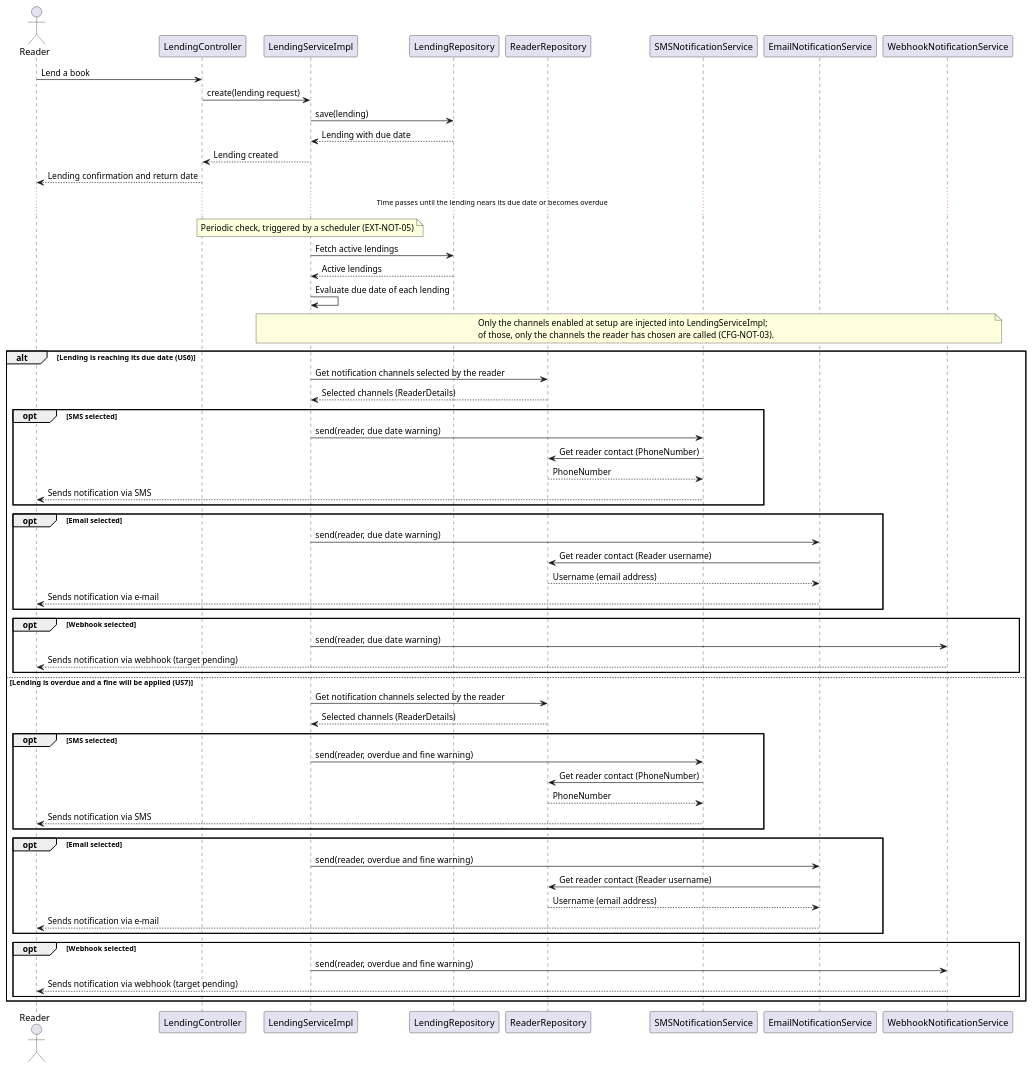
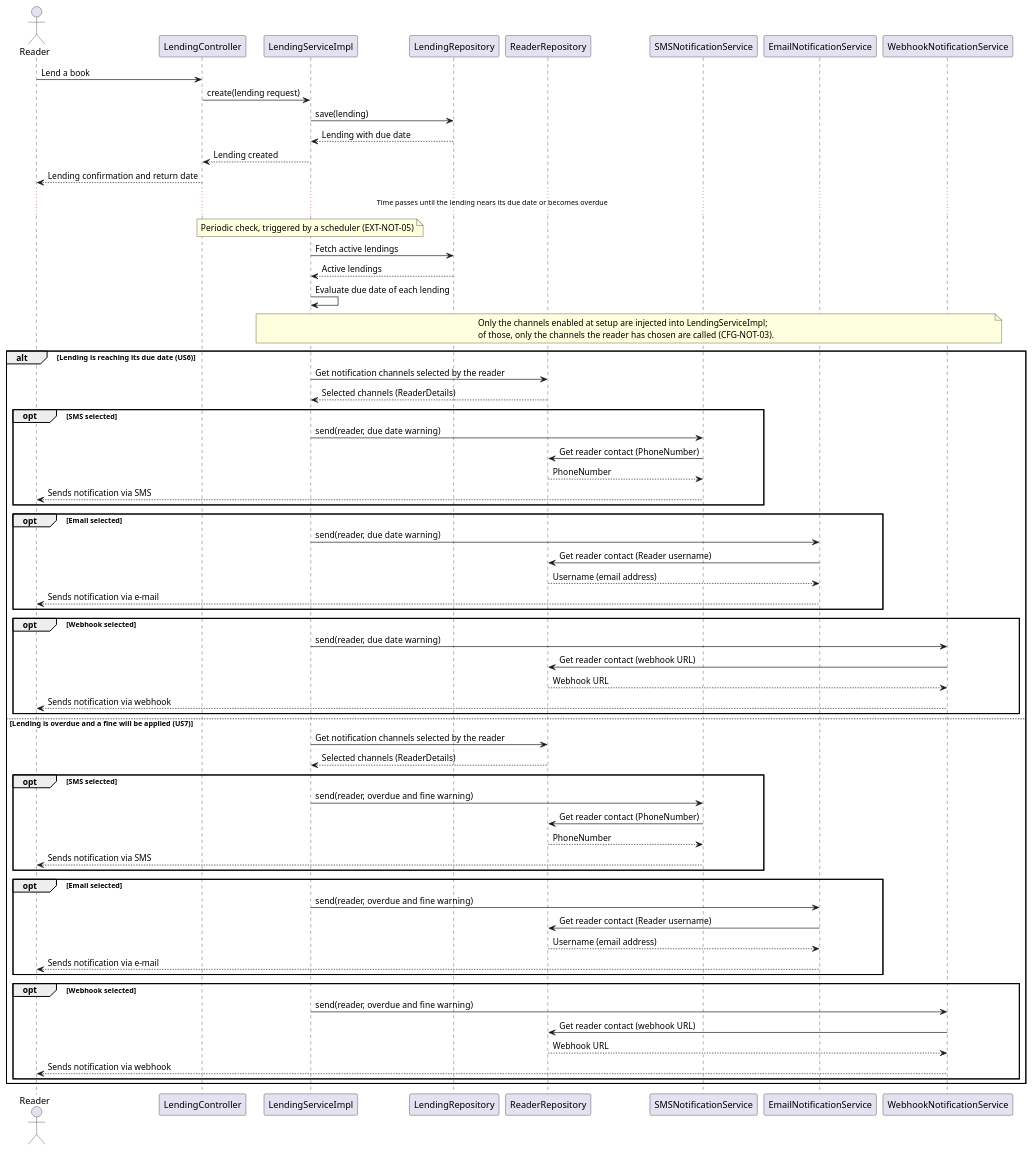
The diagram in Docs/DocsMasterDegree/system-to-be/Images/NotificationMethodsExtensibilitySequence.puml (Max1124/ARQSOFT_ODSOFT_G6), drawn with PlantUML before and after one commit. The commit also changed 25 other files, not shown here.

```diff
--- a/Docs/DocsMasterDegree/system-to-be/Images/NotificationMethodsExtensibilitySequence.puml
+++ b/Docs/DocsMasterDegree/system-to-be/Images/NotificationMethodsExtensibilitySequence.puml
@@ -1,69 +1,73 @@
 @startuml
 actor Reader
 participant "LendingController" as API
 participant "LendingServiceImpl" as Lending
 participant "LendingRepository" as LRepo
 participant "ReaderRepository" as RRepo
 participant "SMSNotificationService" as SMS
 participant "EmailNotificationService" as Email
 participant "WebhookNotificationService" as Webhook
 
 Reader -> API : Lend a book
 API -> Lending : create(lending request)
 Lending -> LRepo : save(lending)
 LRepo --> Lending : Lending with due date
 Lending --> API : Lending created
 API --> Reader : Lending confirmation and return date
 
 ... Time passes until the lending nears its due date or becomes overdue ...
 
 note over Lending : Periodic check, triggered by a scheduler (EXT-NOT-05)
 Lending -> LRepo : Fetch active lendings
 LRepo --> Lending : Active lendings
 Lending -> Lending : Evaluate due date of each lending
 
 note over Lending, Webhook
   Only the channels enabled at setup are injected into LendingServiceImpl;
   of those, only the channels the reader has chosen are called (CFG-NOT-03).
 end note
 
 alt Lending is reaching its due date (US6)
     Lending -> RRepo : Get notification channels selected by the reader
     RRepo --> Lending : Selected channels (ReaderDetails)
     opt SMS selected
         Lending -> SMS : send(reader, due date warning)
         SMS -> RRepo : Get reader contact (PhoneNumber)
         RRepo --> SMS : PhoneNumber
         SMS --> Reader : Sends notification via SMS
     end
     opt Email selected
         Lending -> Email : send(reader, due date warning)
         Email -> RRepo : Get reader contact (Reader username)
         RRepo --> Email : Username (email address)
         Email --> Reader : Sends notification via e-mail
     end
     opt Webhook selected
         Lending -> Webhook : send(reader, due date warning)
-        Webhook --> Reader : Sends notification via webhook (target pending)
+        Webhook -> RRepo : Get reader contact (webhook URL)
+        RRepo --> Webhook : Webhook URL
+        Webhook --> Reader : Sends notification via webhook
     end
 else Lending is overdue and a fine will be applied (US7)
     Lending -> RRepo : Get notification channels selected by the reader
     RRepo --> Lending : Selected channels (ReaderDetails)
     opt SMS selected
         Lending -> SMS : send(reader, overdue and fine warning)
         SMS -> RRepo : Get reader contact (PhoneNumber)
         RRepo --> SMS : PhoneNumber
         SMS --> Reader : Sends notification via SMS
     end
     opt Email selected
         Lending -> Email : send(reader, overdue and fine warning)
         Email -> RRepo : Get reader contact (Reader username)
         RRepo --> Email : Username (email address)
         Email --> Reader : Sends notification via e-mail
     end
     opt Webhook selected
         Lending -> Webhook : send(reader, overdue and fine warning)
-        Webhook --> Reader : Sends notification via webhook (target pending)
+        Webhook -> RRepo : Get reader contact (webhook URL)
+        RRepo --> Webhook : Webhook URL
+        Webhook --> Reader : Sends notification via webhook
     end
 end
 @enduml
```
